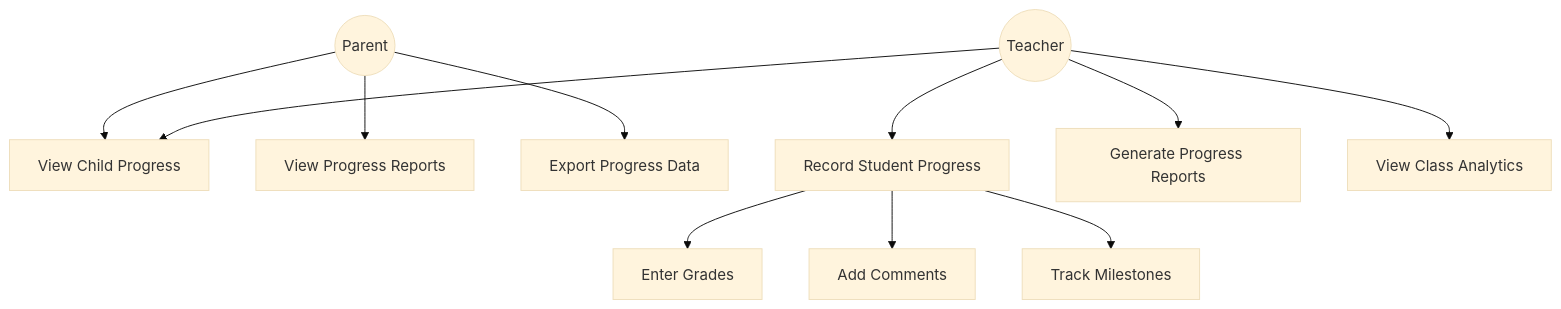
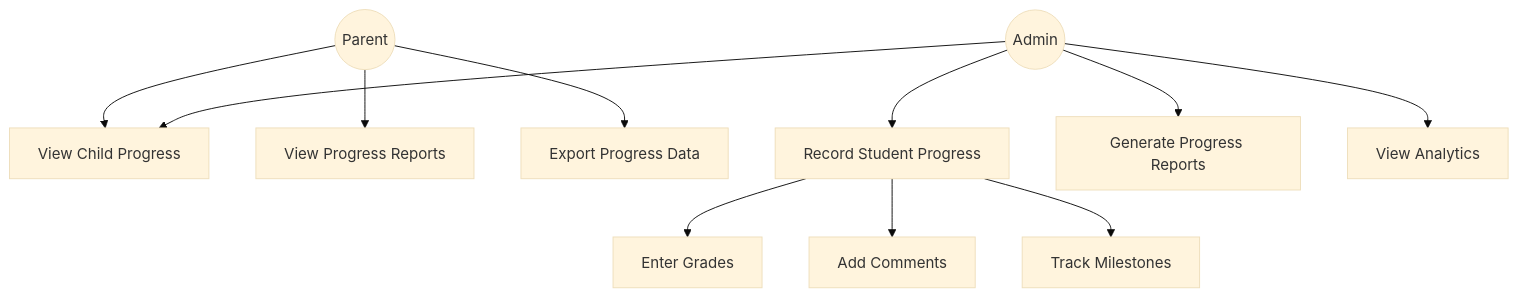
The third of 18 diagrams in diagrams.md (TongYwen/childfyp5), drawn with Mermaid (base theme) before and after one commit. The commit also changed other lines of this file, not shown here.

First line of the commit message:
Update diagrams to remove Teacher role

````diff
--- a/diagrams.md
+++ b/diagrams.md
@@ -54,18 +46,18 @@
 ```mermaid
 graph TD
     Parent((Parent))
-    Teacher((Teacher))
+    Admin((Admin))
 
     Parent --> ViewProgress[View Child Progress]
     Parent --> ViewReports[View Progress Reports]
     Parent --> ExportData[Export Progress Data]
 
-    Teacher --> RecordProgress[Record Student Progress]
-    Teacher --> ViewProgress
-    Teacher --> GenerateReports[Generate Progress Reports]
-    Teacher --> ViewAnalytics[View Class Analytics]
+    Admin --> RecordProgress[Record Student Progress]
+    Admin --> ViewProgress
+    Admin --> GenerateReports[Generate Progress Reports]
+    Admin --> ViewAnalytics[View Analytics]
 
     RecordProgress --> EnterGrades[Enter Grades]
     RecordProgress --> AddComments[Add Comments]
     RecordProgress --> TrackMilestones[Track Milestones]
 ```
````
